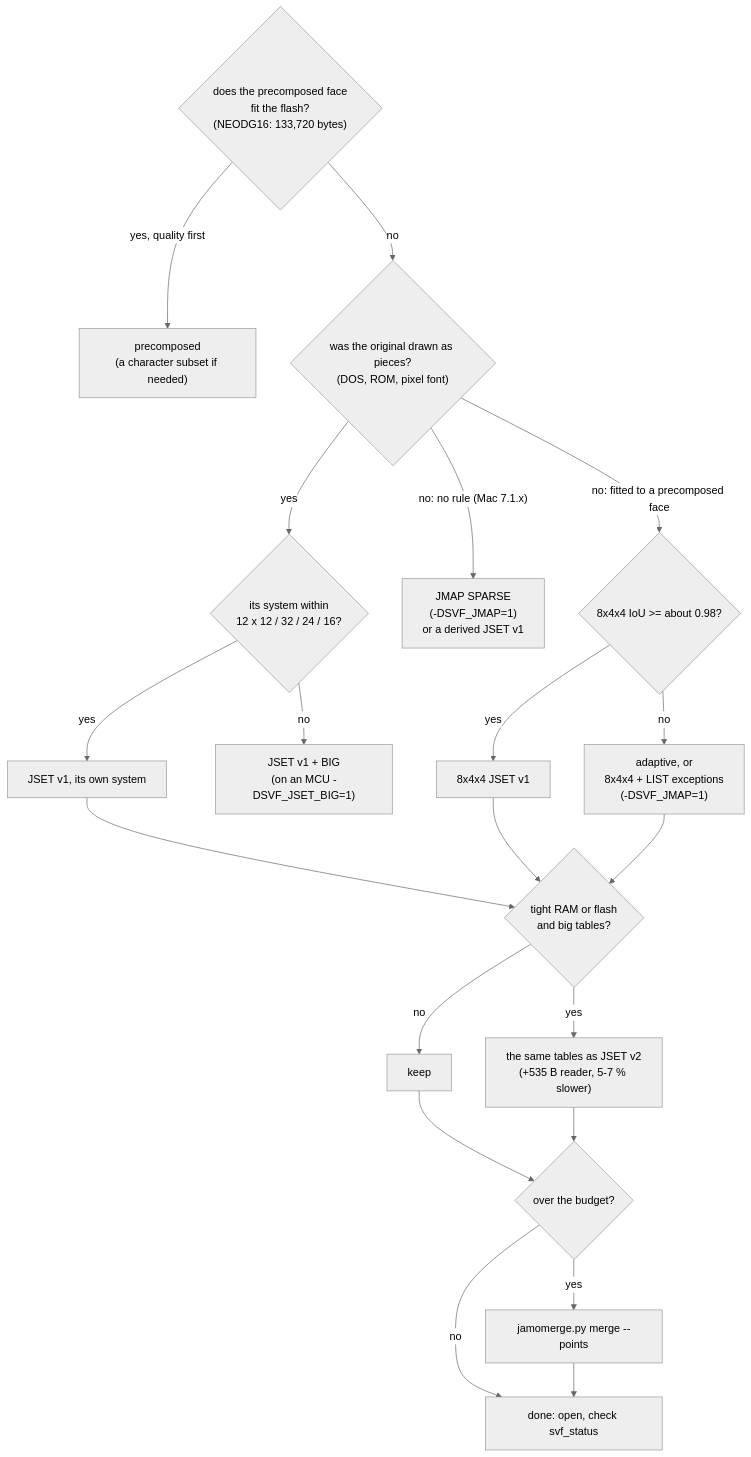
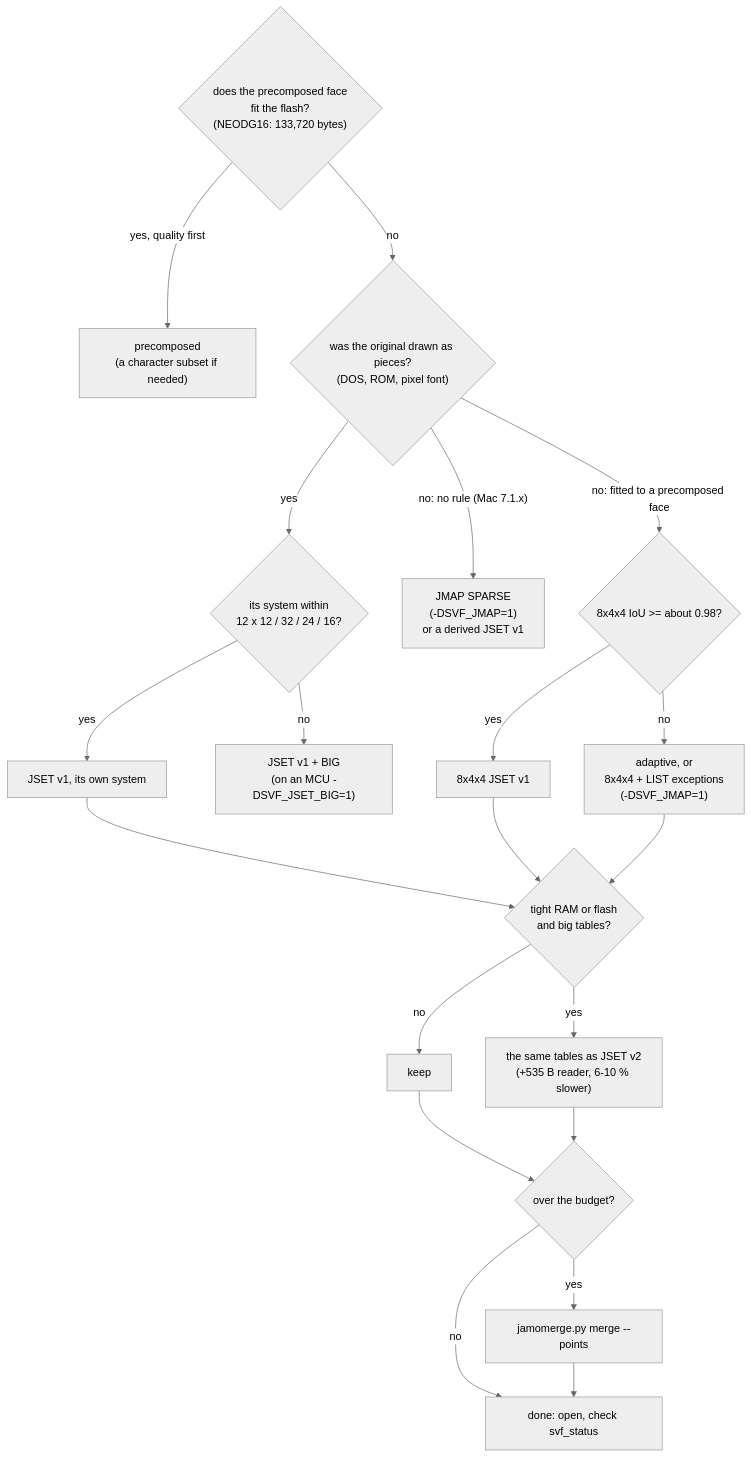
Before and after one commit to TaehyunKimLL/svf-fonts-open: diagram 26 of 26 in docs/jamo-sets.md, drawn with Mermaid (neutral theme). The commit also changed other lines of this file and 1 other file, not shown here.

````diff
--- a/docs/jamo-sets.md
+++ b/docs/jamo-sets.md
@@ -1219,22 +1270,22 @@
 ```mermaid
 flowchart TD
   A{"does the precomposed face<br/>fit the flash?<br/>(NEODG16: 133,720 bytes)"} -->|"yes, quality first"| PC["precomposed<br/>(a character subset if needed)"]
   A -->|no| B{"was the original drawn as pieces?<br/>(DOS, ROM, pixel font)"}
   B -->|yes| C{"its system within<br/>12 x 12 / 32 / 24 / 16?"}
   C -->|yes| V1["JSET v1, its own system"]
   C -->|no| BG["JSET v1 + BIG<br/>(on an MCU -DSVF_JSET_BIG=1)"]
   B -->|"no: no rule (Mac 7.1.x)"| JM["JMAP SPARSE<br/>(-DSVF_JMAP=1)<br/>or a derived JSET v1"]
   B -->|"no: fitted to a precomposed face"| D{"8x4x4 IoU >= about 0.98?"}
   D -->|yes| V1b["8x4x4 JSET v1"]
   D -->|no| E["adaptive, or<br/>8x4x4 + LIST exceptions<br/>(-DSVF_JMAP=1)"]
   V1 --> F{"tight RAM or flash<br/>and big tables?"}
   V1b --> F
   E --> F
-  F -->|yes| V2["the same tables as JSET v2<br/>(+535 B reader, 5-7 % slower)"]
+  F -->|yes| V2["the same tables as JSET v2<br/>(+535 B reader, 6-10 % slower)"]
   F -->|no| K["keep"]
   K --> G{"over the budget?"}
   V2 --> G
   G -->|yes| MG["jamomerge.py merge --points"]
   G -->|no| OK["done: open, check svf_status"]
   MG --> OK
 ```
````
